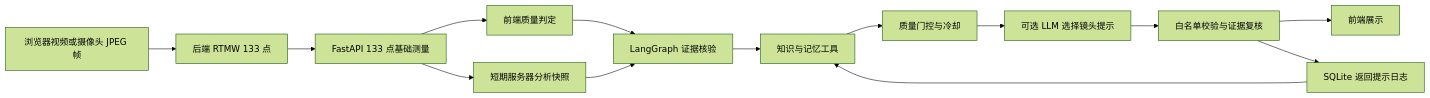
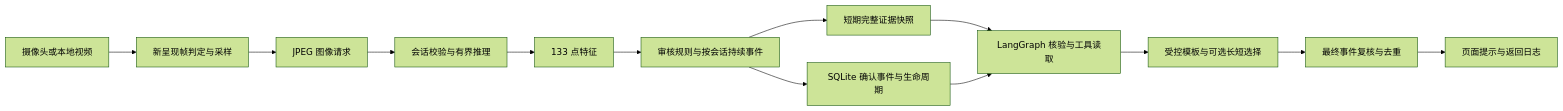
One commit to Avocadohxx/YogaCoach-LLM changed the diagram in docs/architecture.md. Above: the diagram before and after it, drawn with Mermaid (forest theme). The commit also changed other lines of this file and 67 other files, not shown here.

````diff
--- a/docs/architecture.md
+++ b/docs/architecture.md
@@ -5,16 +5,15 @@
 ```mermaid
 flowchart LR
-    A[浏览器视频或摄像头 JPEG 帧] --> R[后端 RTMW 133 点]
-    R --> B[FastAPI 133 点基础测量]
-    B --> S[短期服务器分析快照]
-    B --> E[前端质量判定]
-    E --> G[LangGraph 证据核验]
-    S --> G
-    G --> T[知识与记忆工具]
-    T --> D[质量门控与冷却]
-    D --> L[可选 LLM 选择镜头提示]
-    L --> V[白名单校验与证据复核]
-    V --> F[前端展示]
-    V --> M[SQLite 返回提示日志]
-    M --> T
+    A[摄像头或本地视频] --> C[新呈现帧判定与采样]
+    C --> J[JPEG 图像请求]
+    J --> R[会话校验与有界推理]
+    R --> F[133 点特征]
+    F --> O[审核规则与按会话持续事件]
+    O --> E[短期完整证据快照]
+    O --> M[SQLite 确认事件与生命周期]
+    E --> G[LangGraph 核验与工具读取]
+    M --> G
+    G --> T[受控模板与可选长短选择]
+    T --> V[最终事件复核与去重]
+    V --> U[页面提示与返回日志]
 ```
````
